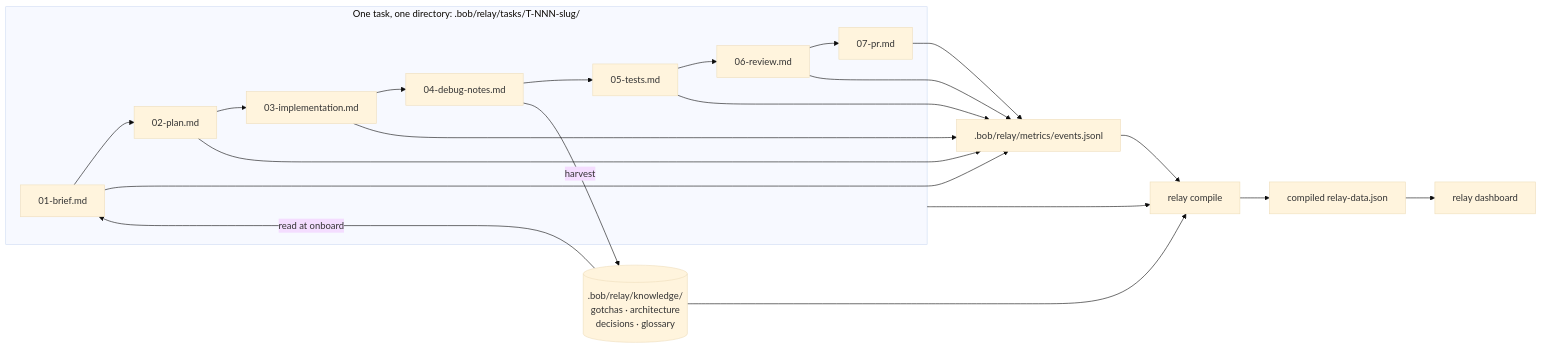
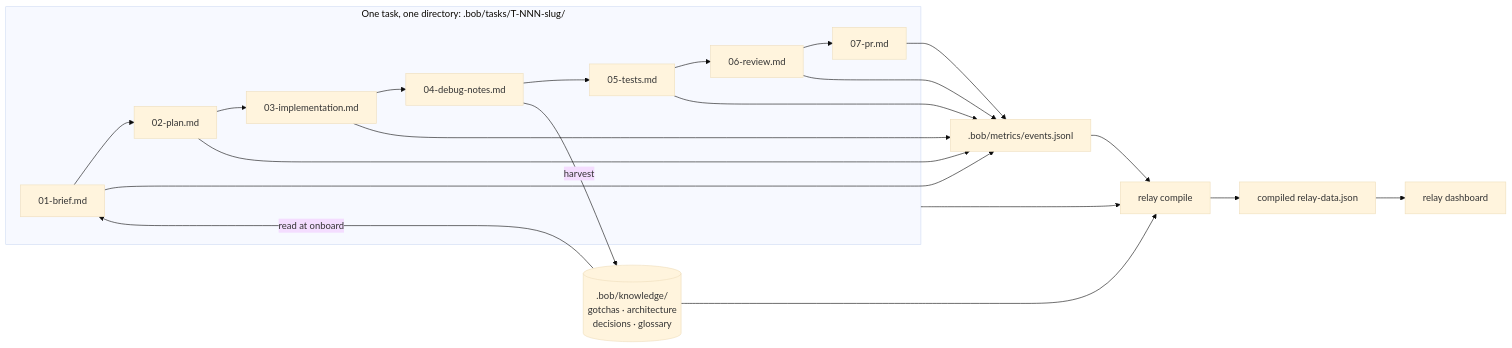
Before and after one commit to mariammohamed-m/Relay: the diagram in docs/architecture.md, drawn with Mermaid (base theme). The commit also changed other lines of this file and 5 other files, not shown here.

````diff
--- a/docs/architecture.md
+++ b/docs/architecture.md
@@ -29,29 +29,29 @@
 ```mermaid
 flowchart LR
-    subgraph Task["One task, one directory: .bob/relay/tasks/T-NNN-slug/"]
+    subgraph Task["One task, one directory: .bob/tasks/T-NNN-slug/"]
         A[01-brief.md] --> B[02-plan.md]
         B --> C[03-implementation.md]
         C --> D[04-debug-notes.md]
         D --> E[05-tests.md]
         E --> F[06-review.md]
         F --> G[07-pr.md]
     end
 
-    K[(.bob/relay/knowledge/\ngotchas · architecture\ndecisions · glossary)]
+    K[(.bob/knowledge/\ngotchas · architecture\ndecisions · glossary)]
 
     K -- read at onboard --> A
     D -- harvest --> K
 
-    G --> Ev[.bob/relay/metrics/events.jsonl]
+    G --> Ev[.bob/metrics/events.jsonl]
     A --> Ev
     B --> Ev
     C --> Ev
     E --> Ev
     F --> Ev
 
     Ev --> Compile[relay compile]
     Task --> Compile
     K --> Compile
     Compile --> Data[compiled relay-data.json]
     Data --> Dash[relay dashboard]
 ```
````
